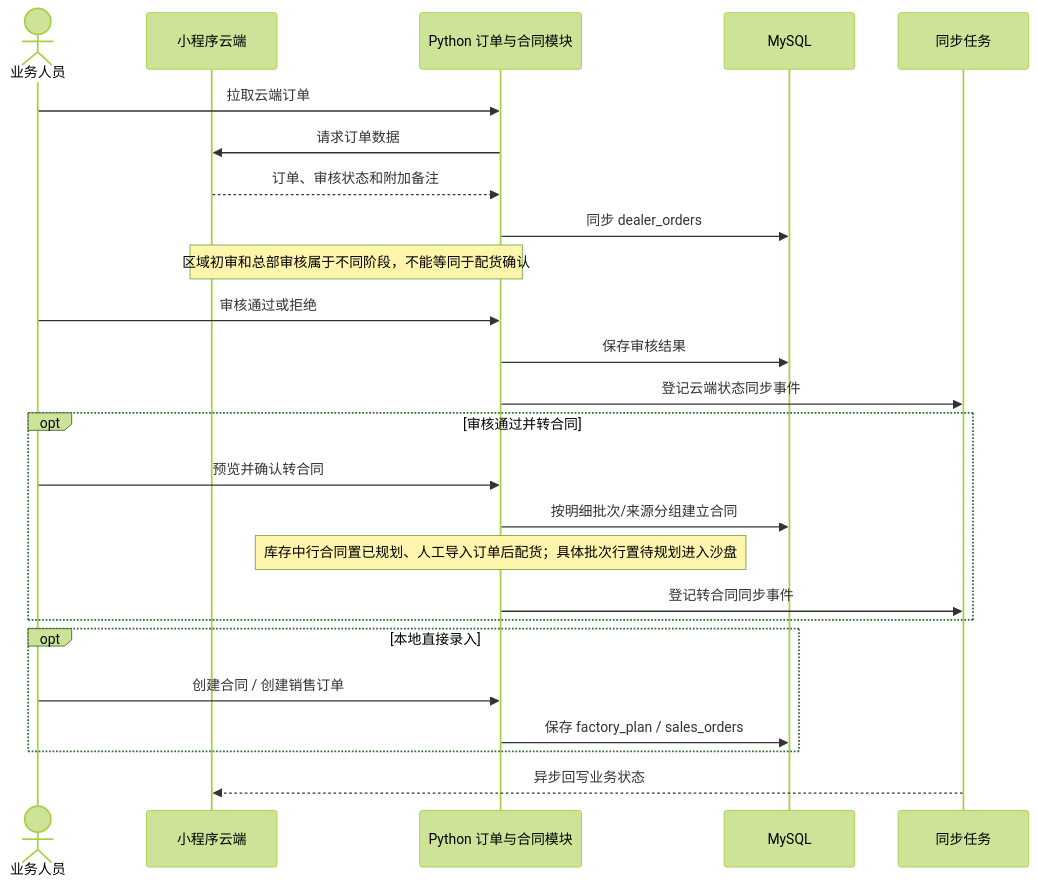
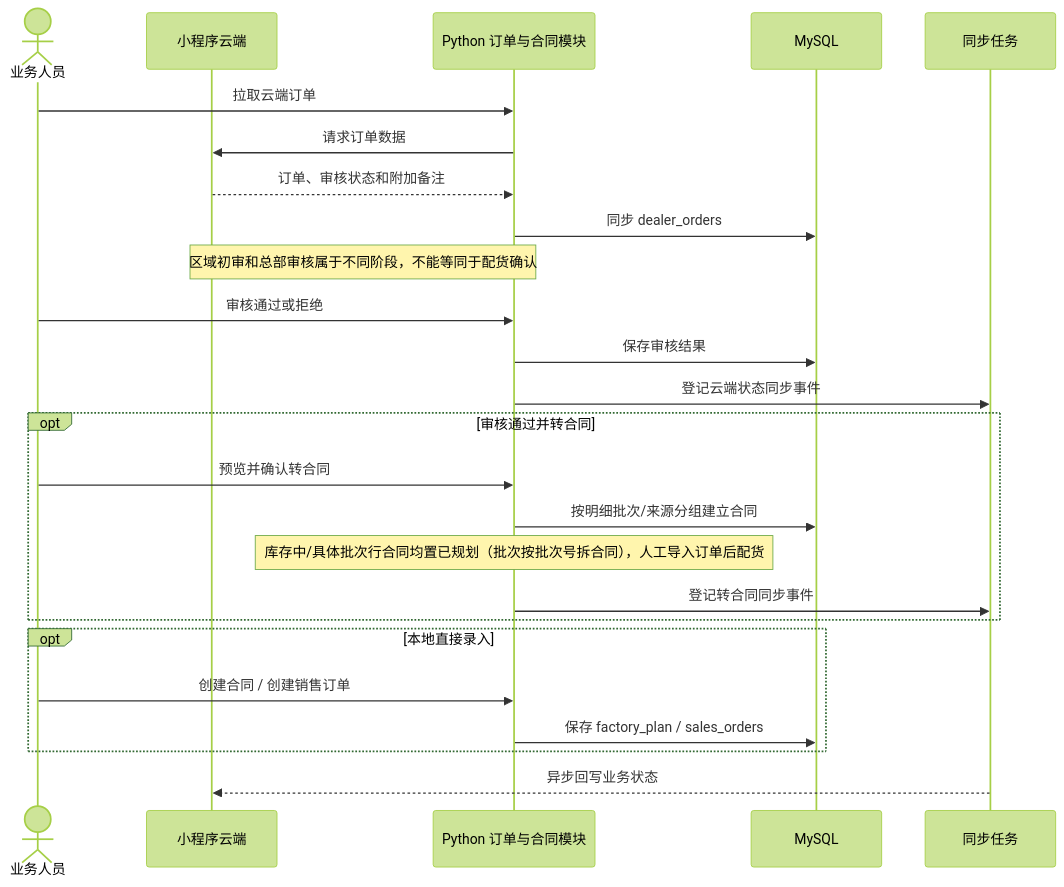
One commit to 3gU11/project1 changed the third of 8 diagrams in docs/BUSINESS_SEQUENCE_ARCHITECTURE.md. Above: the diagram before and after it, drawn with Mermaid (forest theme). The commit also changed 8 other files, not shown here.

````diff
--- a/docs/BUSINESS_SEQUENCE_ARCHITECTURE.md
+++ b/docs/BUSINESS_SEQUENCE_ARCHITECTURE.md
@@ -76,27 +76,27 @@
 ```mermaid
 sequenceDiagram
     actor U as 业务人员
     participant C as 小程序云端
     participant P as Python 订单与合同模块
     participant D as MySQL
     participant O as 同步任务
     U->>P: 拉取云端订单
     P->>C: 请求订单数据
     C-->>P: 订单、审核状态和附加备注
     P->>D: 同步 dealer_orders
     Note over C,P: 区域初审和总部审核属于不同阶段，不能等同于配货确认
     U->>P: 审核通过或拒绝
     P->>D: 保存审核结果
     P->>O: 登记云端状态同步事件
     opt 审核通过并转合同
         U->>P: 预览并确认转合同
         P->>D: 按明细批次/来源分组建立合同
-        Note over P: 库存中行合同置已规划、人工导入订单后配货；具体批次行置待规划进入沙盘
+        Note over P: 库存中/具体批次行合同均置已规划（批次按批次号拆合同），人工导入订单后配货
         P->>O: 登记转合同同步事件
     end
     opt 本地直接录入
         U->>P: 创建合同 / 创建销售订单
         P->>D: 保存 factory_plan / sales_orders
     end
     O-->>C: 异步回写业务状态
 ```
````
